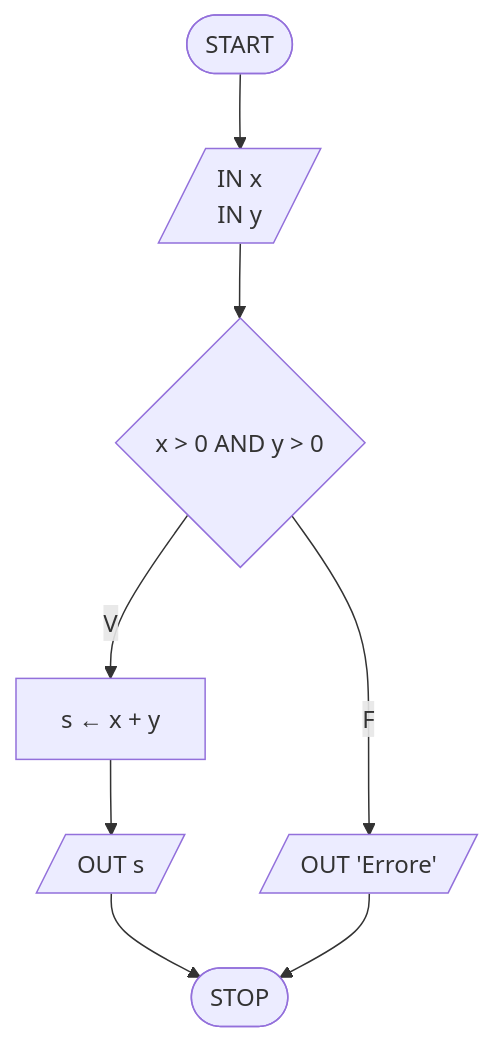
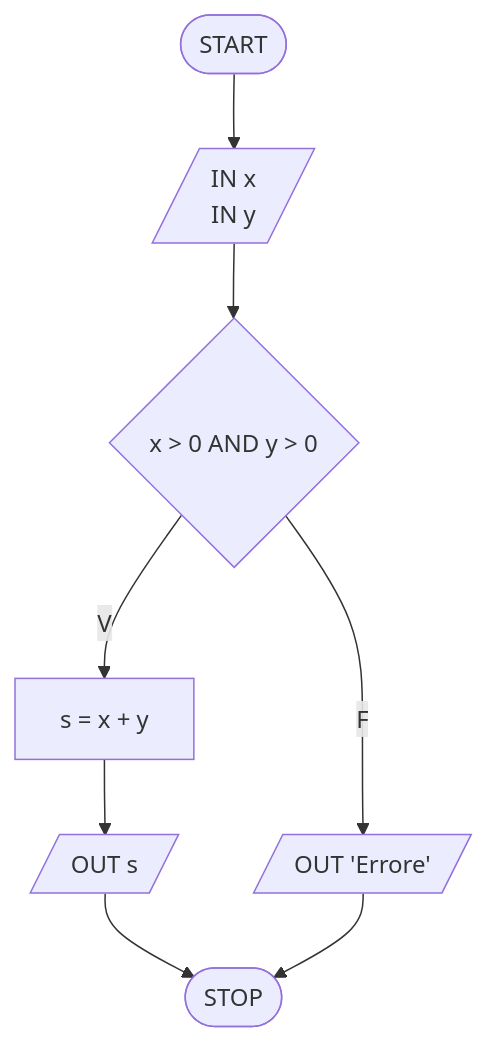
One commit to pg-laboratorio/flowcharts_laboratorio_esercizi changed the eighth of 28 diagrams in flowcharts_soluzioni.md. Above: the diagram before and after it, drawn with Mermaid. The commit also changed other lines of this file, not shown here.

````diff
--- a/flowcharts_soluzioni.md
+++ b/flowcharts_soluzioni.md
@@ -175,10 +175,10 @@
 ```mermaid
 graph TD
     START([START]) --> INPUT[/"IN x<br>IN y"/]
     INPUT --> COND{"x > 0 AND y > 0"}
-    COND -- V --> PROC["s ← x + y"]
+    COND -- V --> PROC["s = x + y"]
     PROC --> OS[/"OUT s"/]
     COND -- F --> ERR[/"OUT 'Errore'"/]
     OS --> STOP([STOP])
     ERR --> STOP
 ```
````
